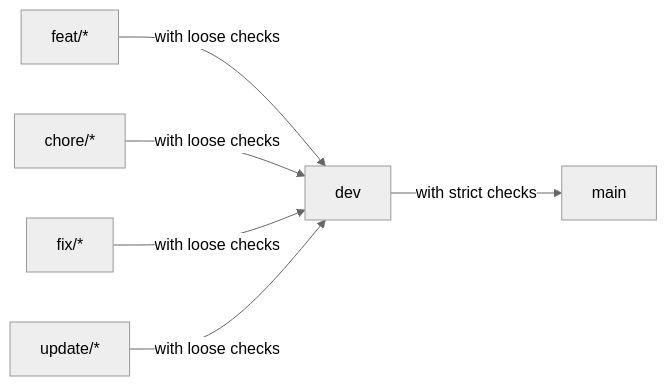
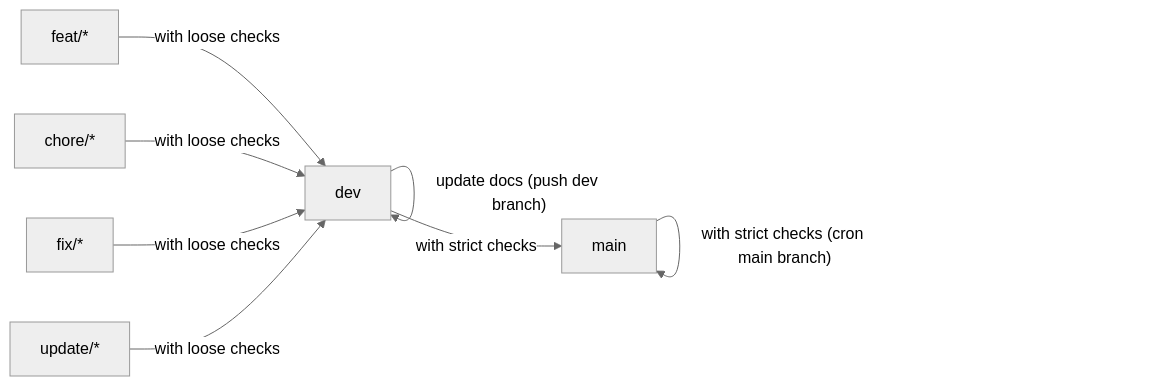
One commit to pokemon-GA/scarlet-queen changed the third of 3 diagrams in README.md. Above: the diagram before and after it, drawn with Mermaid (neutral theme). The commit also changed other lines of this file, not shown here.

````diff
--- a/README.md
+++ b/README.md
@@ -163,8 +163,10 @@
 ```mermaid
 flowchart LR
     dev["dev"] -->|with strict checks| main["main"]
     feature["feat/*"] -->|with loose checks| dev["dev"]
     chore["chore/*"] -->|with loose checks| dev["dev"]
     fix["fix/*"] -->|with loose checks| dev["dev"]
     update["update/*"] -->|with loose checks| dev["dev"]
+    dev["dev"] -->|"update docs (push dev branch)"| dev["dev"]
+    main["main"] -->|"with strict checks (cron main branch)"| main["main"]
 ```
````
